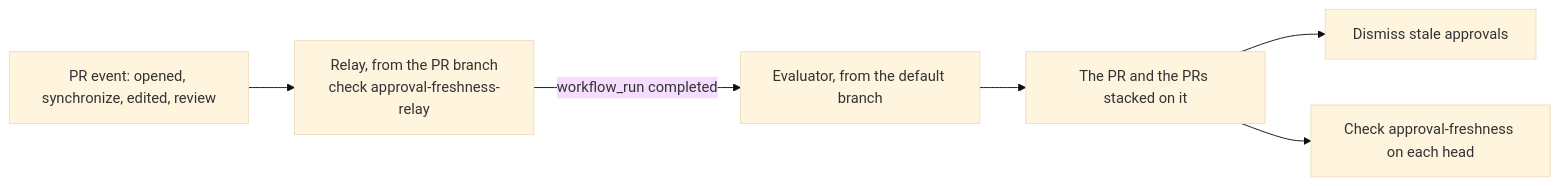
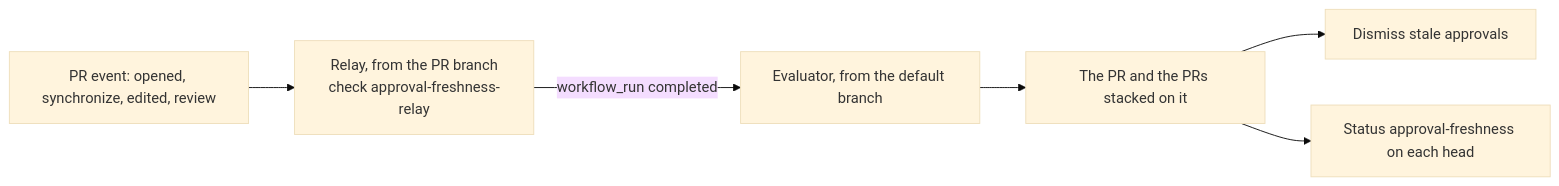
Before and after one commit to aneoconsulting/ArmoniK.Infra: the first of 2 diagrams in .github/approval-freshness.md, drawn with Mermaid (base theme). The commit also changed other lines of this file and 2 other files, not shown here.

First line of the commit message:
ci: report approval-freshness as a commit status

````diff
--- a/.github/approval-freshness.md
+++ b/.github/approval-freshness.md
@@ -20,8 +20,8 @@
 ```mermaid
 flowchart LR
   E["PR event: opened, synchronize, edited, review"] --> R["Relay, from the PR branch<br/>check approval-freshness-relay"]
   R -->|"workflow_run completed"| W["Evaluator, from the default branch"]
   W --> P["The PR and the PRs stacked on it"]
   P --> D["Dismiss stale approvals"]
-  P --> C["Check approval-freshness on each head"]
+  P --> C["Status approval-freshness on each head"]
 ```
````
